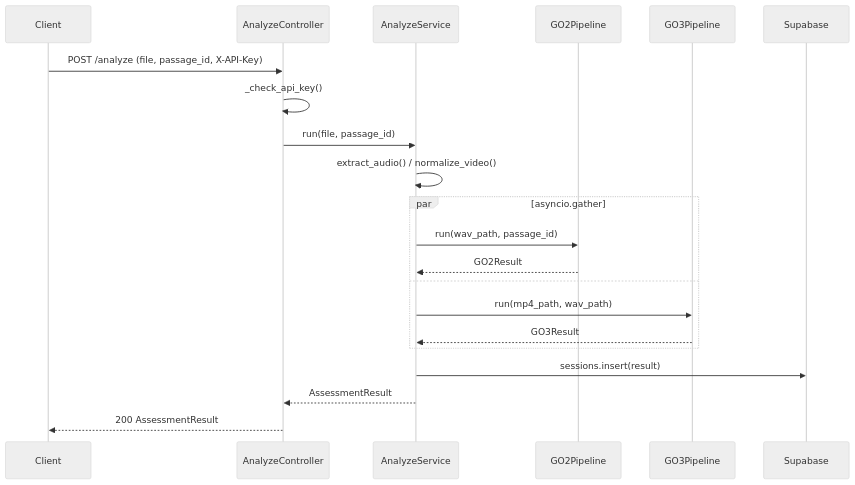
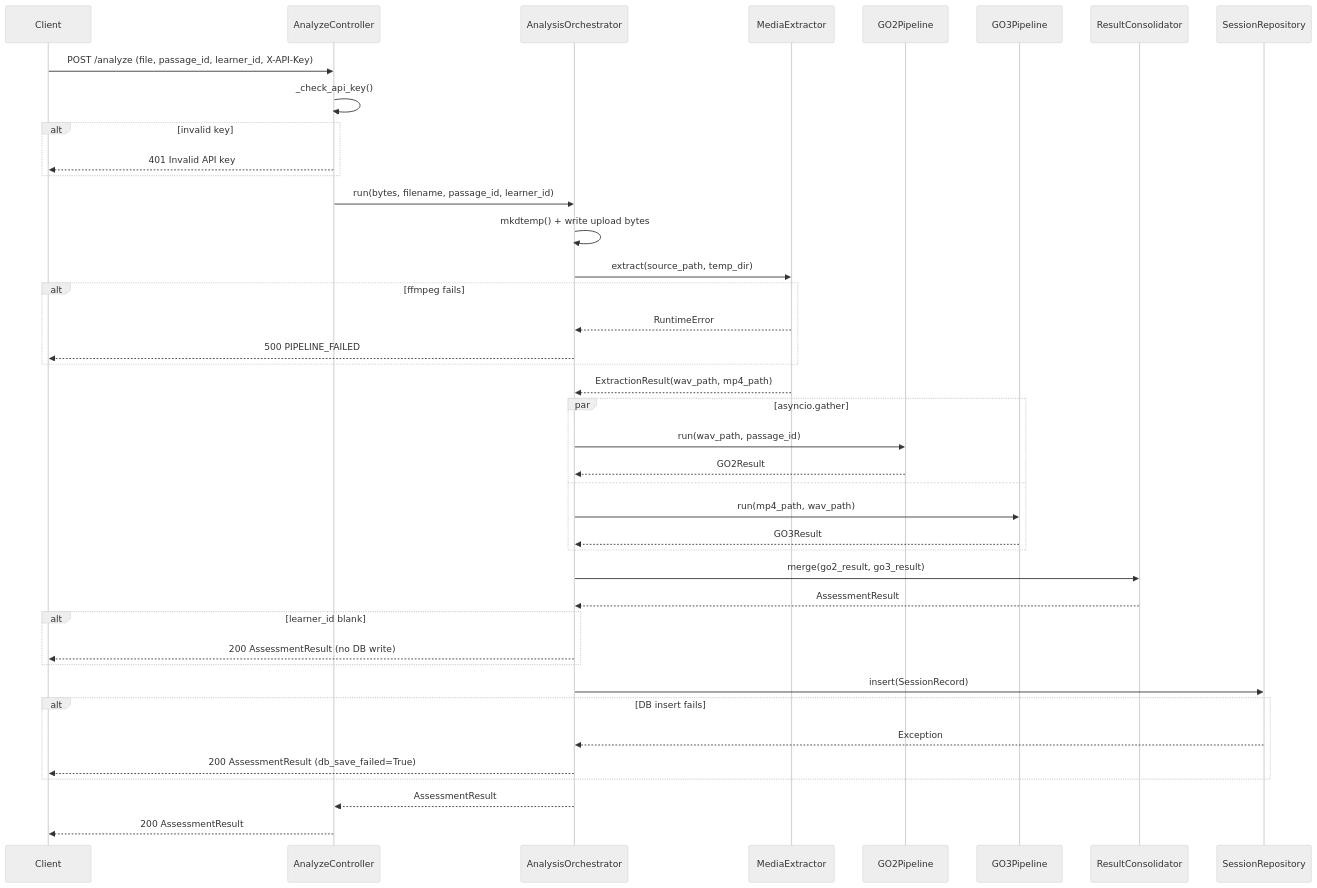
The second of 2 diagrams in docs/uml/sequence/analyze-flow.md (ChristianNemeno/SE-Module-02), drawn with Mermaid (neutral theme) before and after one commit. The commit also changed other lines of this file and 19 other files, not shown here.

First line of the commit message:
feat: Implement REA-18 / RR-020 Real `/analyze` Orchestrator

````diff
--- a/docs/uml/sequence/analyze-flow.md
+++ b/docs/uml/sequence/analyze-flow.md
@@ -22,24 +22,44 @@
 ```mermaid
 sequenceDiagram
     participant Client
     participant AnalyzeController
-    participant AnalyzeService
+    participant AnalysisOrchestrator
+    participant MediaExtractor
     participant GO2Pipeline
     participant GO3Pipeline
-    participant Supabase
+    participant ResultConsolidator
+    participant SessionRepository
 
-    Client->>AnalyzeController: POST /analyze (file, passage_id, X-API-Key)
+    Client->>AnalyzeController: POST /analyze (file, passage_id, learner_id, X-API-Key)
     AnalyzeController->>AnalyzeController: _check_api_key()
-    AnalyzeController->>AnalyzeService: run(file, passage_id)
-    AnalyzeService->>AnalyzeService: extract_audio() / normalize_video()
+    alt invalid key
+        AnalyzeController-->>Client: 401 Invalid API key
+    end
+    AnalyzeController->>AnalysisOrchestrator: run(bytes, filename, passage_id, learner_id)
+    AnalysisOrchestrator->>AnalysisOrchestrator: mkdtemp() + write upload bytes
+    AnalysisOrchestrator->>MediaExtractor: extract(source_path, temp_dir)
+    alt ffmpeg fails
+        MediaExtractor-->>AnalysisOrchestrator: RuntimeError
+        AnalysisOrchestrator-->>Client: 500 PIPELINE_FAILED
+    end
+    MediaExtractor-->>AnalysisOrchestrator: ExtractionResult(wav_path, mp4_path)
     par asyncio.gather
-        AnalyzeService->>GO2Pipeline: run(wav_path, passage_id)
-        GO2Pipeline-->>AnalyzeService: GO2Result
+        AnalysisOrchestrator->>GO2Pipeline: run(wav_path, passage_id)
+        GO2Pipeline-->>AnalysisOrchestrator: GO2Result
     and
-        AnalyzeService->>GO3Pipeline: run(mp4_path, wav_path)
-        GO3Pipeline-->>AnalyzeService: GO3Result
+        AnalysisOrchestrator->>GO3Pipeline: run(mp4_path, wav_path)
+        GO3Pipeline-->>AnalysisOrchestrator: GO3Result
     end
-    AnalyzeService->>Supabase: sessions.insert(result)
-    AnalyzeService-->>AnalyzeController: AssessmentResult
+    AnalysisOrchestrator->>ResultConsolidator: merge(go2_result, go3_result)
+    ResultConsolidator-->>AnalysisOrchestrator: AssessmentResult
+    alt learner_id blank
+        AnalysisOrchestrator-->>Client: 200 AssessmentResult (no DB write)
+    end
+    AnalysisOrchestrator->>SessionRepository: insert(SessionRecord)
+    alt DB insert fails
+        SessionRepository-->>AnalysisOrchestrator: Exception
+        AnalysisOrchestrator-->>Client: 200 AssessmentResult (db_save_failed=True)
+    end
+    AnalysisOrchestrator-->>AnalyzeController: AssessmentResult
     AnalyzeController-->>Client: 200 AssessmentResult
 ```
````
